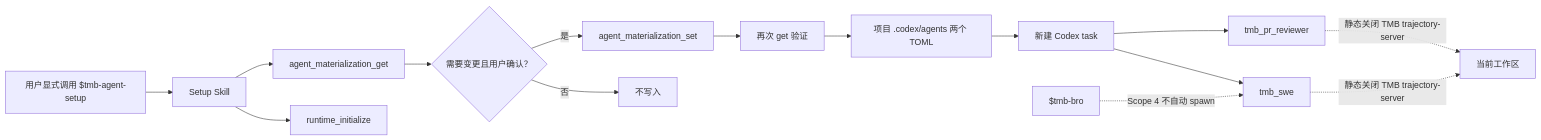
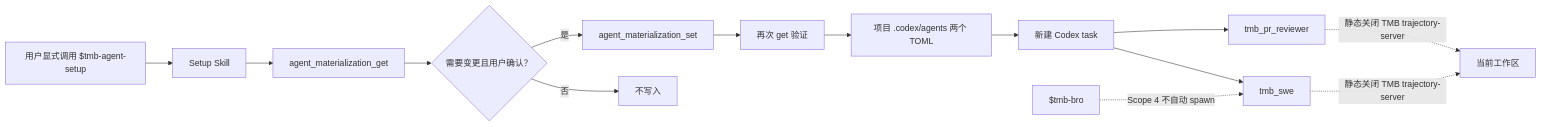
Before and after one commit to trustmybot/plugin: the diagram in docs/adapters/codex/SCOPE_4_PRD.md, drawn with Mermaid. The commit also changed other lines of this file and 15 other files, not shown here.

````diff
--- a/docs/adapters/codex/SCOPE_4_PRD.md
+++ b/docs/adapters/codex/SCOPE_4_PRD.md
@@ -408,17 +407,16 @@
 ```mermaid
 flowchart LR
     U["用户显式调用 $tmb-agent-setup"] --> S["Setup Skill"]
-    S --> R["runtime_initialize"]
     S --> G["agent_materialization_get"]
     G --> C{"需要变更且用户确认？"}
     C -->|否| X["不写入"]
     C -->|是| M["agent_materialization_set"]
     M --> V["再次 get 验证"]
     V --> F["项目 .codex/agents 两个 TOML"]
     F --> N["新建 Codex task"]
     N --> SWE["tmb_swe"]
     N --> REV["tmb_pr_reviewer"]
     SWE -. "静态关闭 TMB trajectory-server" .-> W["当前工作区"]
     REV -. "静态关闭 TMB trajectory-server" .-> W
     BRO["$tmb-bro"] -. "Scope 4 不自动 spawn" .-> SWE
 ```
````
